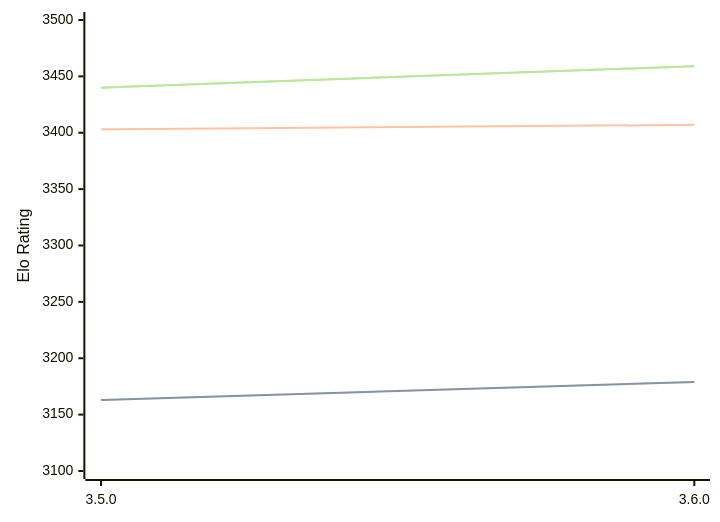
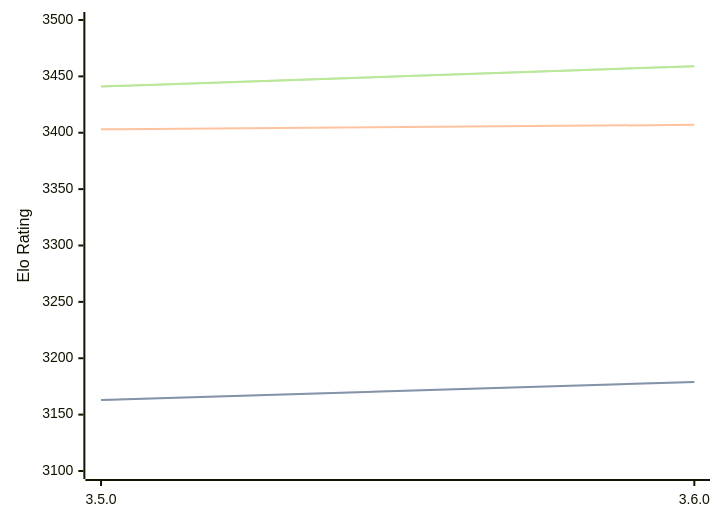
The diagram in engines/Igel.md (computer-chess-index/cci), drawn with Mermaid before and after one commit. The commit also changed other lines of this file, not shown here.

Commit message:
Update CCI Ratings (ELO VLTC) - 2026-08-27

````diff
--- a/engines/Igel.md
+++ b/engines/Igel.md
@@ -32,11 +32,11 @@
 ```mermaid
 %%{init: {"theme":"base","themeVariables":{"seriesColors:['#a3a3a3','#222221','#faa371']}}}%%
 xychart-beta
   x-axis ["3.5.0", "3.6.0"]
   y-axis "Elo Rating" 3100 --> 3500
   line "STC (8.0+0.08s)" [3163, 3179]
   line "STC (8.0+0.08s)" [3163, 3179]
   line "LTC (60.0+0.60s)" [3403, 3407]
-  line "VLTC (2m24s+1.12s)" [3440, 3459]
-  line "VLTC (2m24s+1.12s)" [3440, 3459]
+  line "VLTC (2m24s+1.12s)" [3441, 3459]
+  line "VLTC (2m24s+1.12s)" [3441, 3459]
 ```
````
